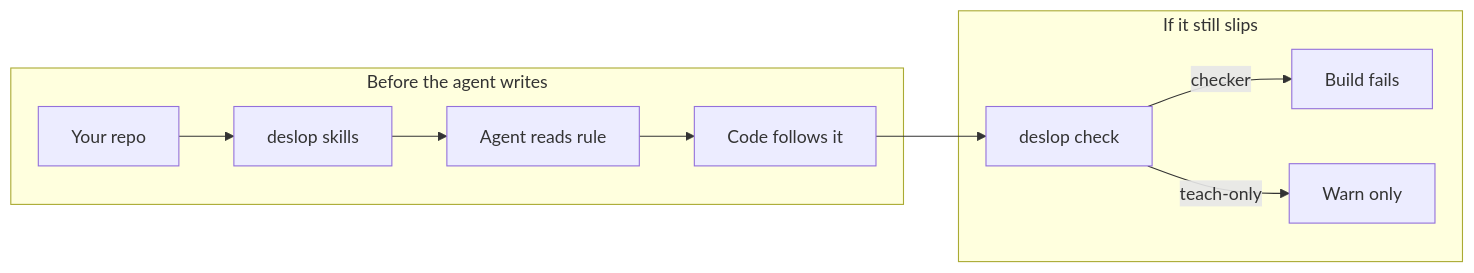
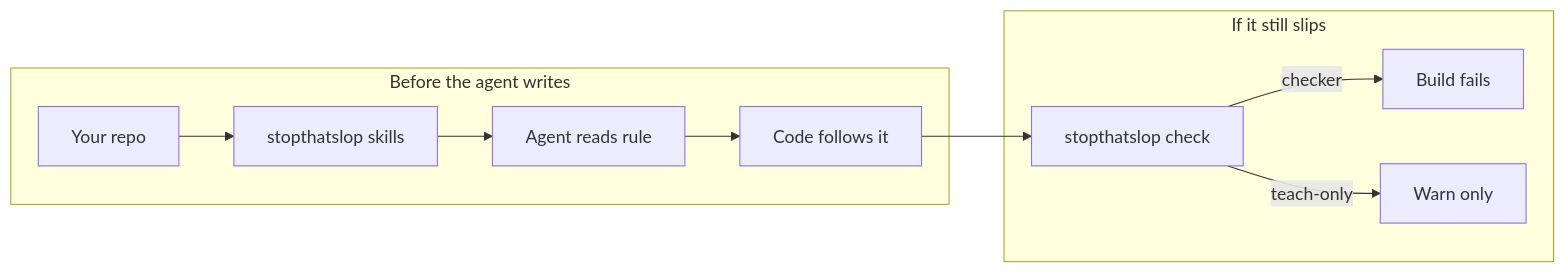
The first of 5 diagrams in README.md (Amaresh/deslop), drawn with Mermaid before and after one commit. The commit also changed other lines of this file and 78 other files, not shown here.

First line of the commit message:
Rename the public CLI and packs from deslop to stopthatslop.

````diff
--- a/README.md
+++ b/README.md
@@ -11,13 +13,13 @@
 ```mermaid
 flowchart LR
   subgraph beforeWrite [Before the agent writes]
-    A["Your repo"] --> B["deslop skills"]
+    A["Your repo"] --> B["stopthatslop skills"]
     B --> C["Agent reads rule"]
     C --> D["Code follows it"]
   end
   subgraph afterSlip [If it still slips]
-    D --> E["deslop check"]
+    D --> E["stopthatslop check"]
     E -->|"checker"| F["Build fails"]
     E -->|"teach-only"| G["Warn only"]
   end
 ```
````
